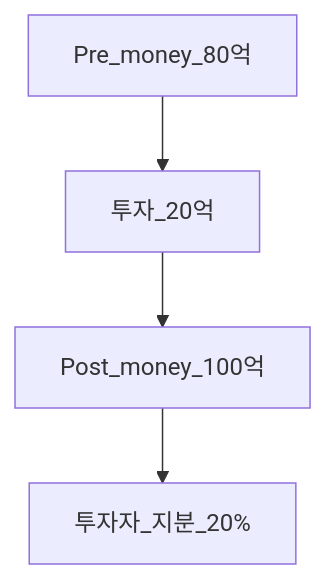
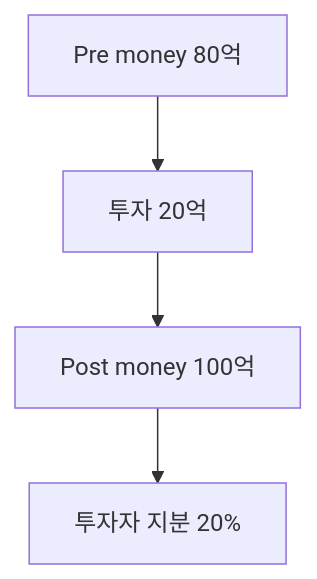
The second of 5 diagrams in 09-corporate-finance/startup-valuation-vc.md (goldanghenry/Finances), drawn with Mermaid before and after one commit. The commit also changed other lines of this file and 211 other files, not shown here.

````diff
--- a/09-corporate-finance/startup-valuation-vc.md
+++ b/09-corporate-finance/startup-valuation-vc.md
@@ -136,6 +150,6 @@
 ```mermaid
 flowchart TD
-  Pre[Pre_money_80억] --> Plus[투자_20억]
-  Plus --> Post[Post_money_100억]
-  Post --> Own[투자자_지분_20%]
+  Pre["Pre money 80억"] --> Plus["투자 20억"]
+  Plus --> Post["Post money 100억"]
+  Post --> Own["투자자 지분 20%"]
 ```
````
